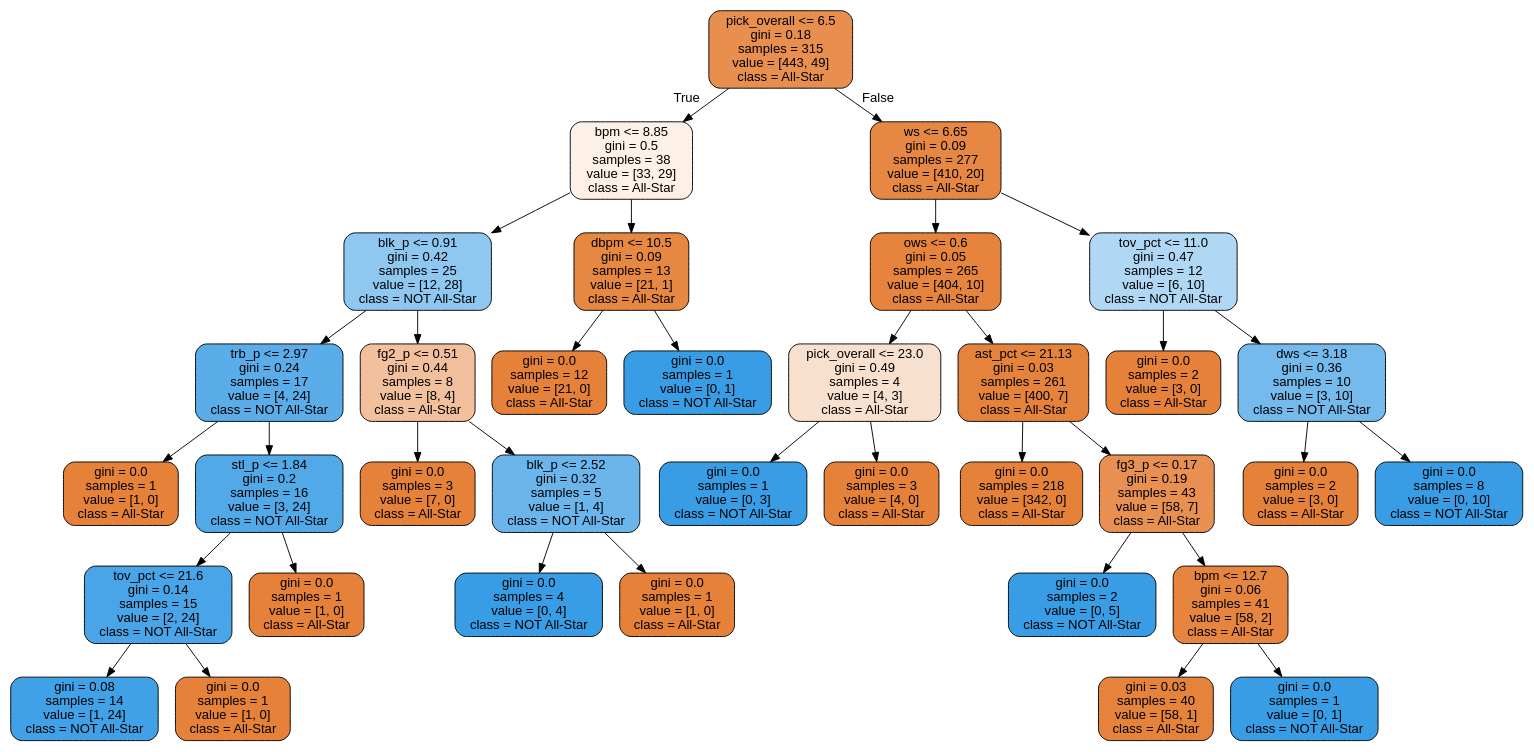
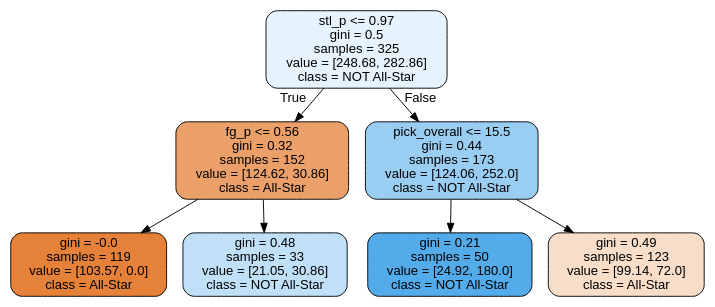
One commit to minescoviciu/tcri-all-star-prediction changed the diagram in tree.dot. Above: the diagram before and after it, drawn with Graphviz. The commit also changed 13 other files, not shown here.

```diff
--- a/tree.dot
+++ b/tree.dot
@@ -1,73 +1,17 @@
 digraph Tree {
 node [shape=box, style="filled, rounded", color="black", fontname=helvetica] ;
 edge [fontname=helvetica] ;
-0 [label="pick_overall <= 6.5\ngini = 0.18\nsamples = 315\nvalue = [443, 49]\nclass = All-Star", fillcolor="#e88f4f"] ;
-1 [label="bpm <= 8.85\ngini = 0.5\nsamples = 38\nvalue = [33, 29]\nclass = All-Star", fillcolor="#fcf0e7"] ;
+0 [label="stl_p <= 0.97\ngini = 0.5\nsamples = 325\nvalue = [248.68, 282.86]\nclass = NOT All-Star", fillcolor="#e7f3fc"] ;
+1 [label="fg_p <= 0.56\ngini = 0.32\nsamples = 152\nvalue = [124.62, 30.86]\nclass = All-Star", fillcolor="#eba06a"] ;
 0 -> 1 [labeldistance=2.5, labelangle=45, headlabel="True"] ;
-2 [label="blk_p <= 0.91\ngini = 0.42\nsamples = 25\nvalue = [12, 28]\nclass = NOT All-Star", fillcolor="#8ec7f0"] ;
+2 [label="gini = -0.0\nsamples = 119\nvalue = [103.57, 0.0]\nclass = All-Star", fillcolor="#e58139"] ;
 1 -> 2 ;
-3 [label="trb_p <= 2.97\ngini = 0.24\nsamples = 17\nvalue = [4, 24]\nclass = NOT All-Star", fillcolor="#5aade9"] ;
-2 -> 3 ;
-4 [label="gini = 0.0\nsamples = 1\nvalue = [1, 0]\nclass = All-Star", fillcolor="#e58139"] ;
-3 -> 4 ;
-5 [label="stl_p <= 1.84\ngini = 0.2\nsamples = 16\nvalue = [3, 24]\nclass = NOT All-Star", fillcolor="#52a9e8"] ;
-3 -> 5 ;
-6 [label="tov_pct <= 21.6\ngini = 0.14\nsamples = 15\nvalue = [2, 24]\nclass = NOT All-Star", fillcolor="#49a5e7"] ;
-5 -> 6 ;
-7 [label="gini = 0.08\nsamples = 14\nvalue = [1, 24]\nclass = NOT All-Star", fillcolor="#41a1e6"] ;
-6 -> 7 ;
-8 [label="gini = 0.0\nsamples = 1\nvalue = [1, 0]\nclass = All-Star", fillcolor="#e58139"] ;
-6 -> 8 ;
-9 [label="gini = 0.0\nsamples = 1\nvalue = [1, 0]\nclass = All-Star", fillcolor="#e58139"] ;
-5 -> 9 ;
-10 [label="fg2_p <= 0.51\ngini = 0.44\nsamples = 8\nvalue = [8, 4]\nclass = All-Star", fillcolor="#f2c09c"] ;
-2 -> 10 ;
-11 [label="gini = 0.0\nsamples = 3\nvalue = [7, 0]\nclass = All-Star", fillcolor="#e58139"] ;
-10 -> 11 ;
-12 [label="blk_p <= 2.52\ngini = 0.32\nsamples = 5\nvalue = [1, 4]\nclass = NOT All-Star", fillcolor="#6ab6ec"] ;
-10 -> 12 ;
-13 [label="gini = 0.0\nsamples = 4\nvalue = [0, 4]\nclass = NOT All-Star", fillcolor="#399de5"] ;
-12 -> 13 ;
-14 [label="gini = 0.0\nsamples = 1\nvalue = [1, 0]\nclass = All-Star", fillcolor="#e58139"] ;
-12 -> 14 ;
-15 [label="dbpm <= 10.5\ngini = 0.09\nsamples = 13\nvalue = [21, 1]\nclass = All-Star", fillcolor="#e68742"] ;
-1 -> 15 ;
-16 [label="gini = 0.0\nsamples = 12\nvalue = [21, 0]\nclass = All-Star", fillcolor="#e58139"] ;
-15 -> 16 ;
-17 [label="gini = 0.0\nsamples = 1\nvalue = [0, 1]\nclass = NOT All-Star", fillcolor="#399de5"] ;
-15 -> 17 ;
-18 [label="ws <= 6.65\ngini = 0.09\nsamples = 277\nvalue = [410, 20]\nclass = All-Star", fillcolor="#e68743"] ;
-0 -> 18 [labeldistance=2.5, labelangle=-45, headlabel="False"] ;
-19 [label="ows <= 0.6\ngini = 0.05\nsamples = 265\nvalue = [404, 10]\nclass = All-Star", fillcolor="#e6843e"] ;
-18 -> 19 ;
-20 [label="pick_overall <= 23.0\ngini = 0.49\nsamples = 4\nvalue = [4, 3]\nclass = All-Star", fillcolor="#f8e0ce"] ;
-19 -> 20 ;
-21 [label="gini = 0.0\nsamples = 1\nvalue = [0, 3]\nclass = NOT All-Star", fillcolor="#399de5"] ;
-20 -> 21 ;
-22 [label="gini = 0.0\nsamples = 3\nvalue = [4, 0]\nclass = All-Star", fillcolor="#e58139"] ;
-20 -> 22 ;
-23 [label="ast_pct <= 21.13\ngini = 0.03\nsamples = 261\nvalue = [400, 7]\nclass = All-Star", fillcolor="#e5833c"] ;
-19 -> 23 ;
-24 [label="gini = 0.0\nsamples = 218\nvalue = [342, 0]\nclass = All-Star", fillcolor="#e58139"] ;
-23 -> 24 ;
-25 [label="fg3_p <= 0.17\ngini = 0.19\nsamples = 43\nvalue = [58, 7]\nclass = All-Star", fillcolor="#e89051"] ;
-23 -> 25 ;
-26 [label="gini = 0.0\nsamples = 2\nvalue = [0, 5]\nclass = NOT All-Star", fillcolor="#399de5"] ;
-25 -> 26 ;
-27 [label="bpm <= 12.7\ngini = 0.06\nsamples = 41\nvalue = [58, 2]\nclass = All-Star", fillcolor="#e68540"] ;
-25 -> 27 ;
-28 [label="gini = 0.03\nsamples = 40\nvalue = [58, 1]\nclass = All-Star", fillcolor="#e5833c"] ;
-27 -> 28 ;
-29 [label="gini = 0.0\nsamples = 1\nvalue = [0, 1]\nclass = NOT All-Star", fillcolor="#399de5"] ;
-27 -> 29 ;
-30 [label="tov_pct <= 11.0\ngini = 0.47\nsamples = 12\nvalue = [6, 10]\nclass = NOT All-Star", fillcolor="#b0d8f5"] ;
-18 -> 30 ;
-31 [label="gini = 0.0\nsamples = 2\nvalue = [3, 0]\nclass = All-Star", fillcolor="#e58139"] ;
-30 -> 31 ;
-32 [label="dws <= 3.18\ngini = 0.36\nsamples = 10\nvalue = [3, 10]\nclass = NOT All-Star", fillcolor="#74baed"] ;
-30 -> 32 ;
-33 [label="gini = 0.0\nsamples = 2\nvalue = [3, 0]\nclass = All-Star", fillcolor="#e58139"] ;
-32 -> 33 ;
-34 [label="gini = 0.0\nsamples = 8\nvalue = [0, 10]\nclass = NOT All-Star", fillcolor="#399de5"] ;
-32 -> 34 ;
+3 [label="gini = 0.48\nsamples = 33\nvalue = [21.05, 30.86]\nclass = NOT All-Star", fillcolor="#c0e0f7"] ;
+1 -> 3 ;
+4 [label="pick_overall <= 15.5\ngini = 0.44\nsamples = 173\nvalue = [124.06, 252.0]\nclass = NOT All-Star", fillcolor="#9acdf2"] ;
+0 -> 4 [labeldistance=2.5, labelangle=-45, headlabel="False"] ;
+5 [label="gini = 0.21\nsamples = 50\nvalue = [24.92, 180.0]\nclass = NOT All-Star", fillcolor="#54abe9"] ;
+4 -> 5 ;
+6 [label="gini = 0.49\nsamples = 123\nvalue = [99.14, 72.0]\nclass = All-Star", fillcolor="#f8ddc9"] ;
+4 -> 6 ;
 }
```
